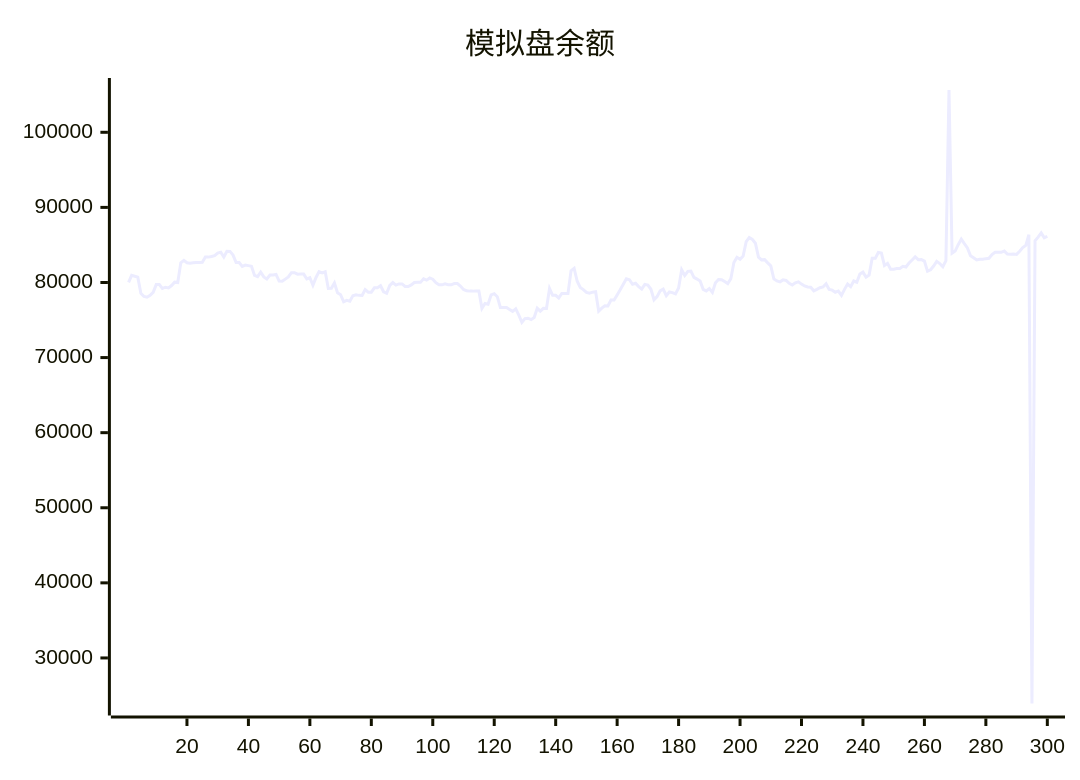
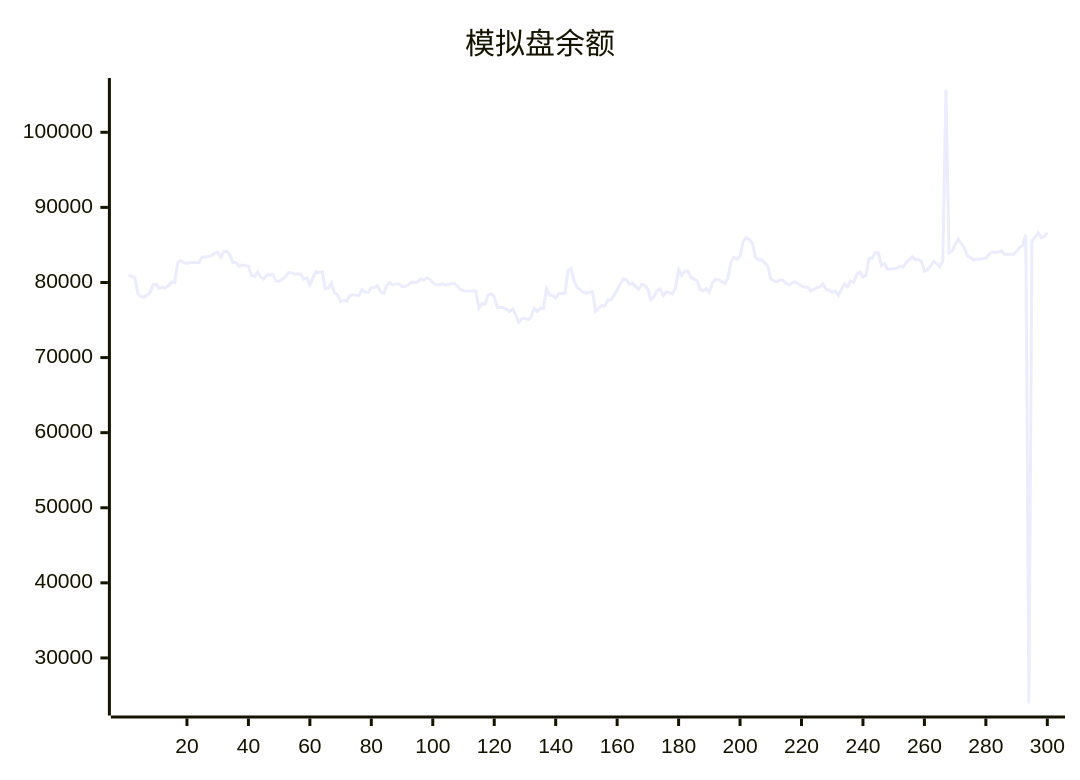
The diagram in README.md (aahl/ai-trading), drawn with Mermaid before and after one commit. The commit also changed 1 other file, not shown here.

Commit message:
📈 Auto Trading Result

````diff
--- a/README.md
+++ b/README.md
@@ -5,5 +5,5 @@
 ```mermaid
 xychart
     title "模拟盘余额"
-    line [80006,80954,80837,80712,78561,78139,78037,78293,78682,79720,79720,79214,79372,79279,79591,80046,79993,82625,82950,82626,82571,82633,82670,82670,82681,83386,83378,83464,83579,83920,84037,83402,84160,84142,83652,82655,82655,82145,82315,82243,82163,80934,80770,81371,80742,80468,80989,80989,81067,80191,80155,80450,80737,81309,81309,81106,81119,81119,80471,80631,79624,80670,81448,81290,81429,79212,79222,79940,78643,78380,77432,77623,77504,78235,78358,78284,78277,79048,78714,78714,79290,79308,79567,78763,78563,79603,79988,79652,79813,79813,79476,79469,79673,79995,80015,80015,80486,80314,80600,80436,79966,79689,79689,79819,79692,79692,79850,79850,79518,79071,78889,78850,78850,78878,78878,76554,77202,77103,78357,78510,78106,76678,76677,76672,76411,76159,76485,75656,74695,75197,75246,75052,75334,76564,76179,76553,76551,79196,78300,78300,77944,78531,78531,78521,81564,81884,80160,79335,79055,78675,78580,78708,78764,76179,76586,76902,76876,77658,77669,78346,79023,79769,80497,80366,79761,79896,79448,79126,79749,79658,79097,77695,78114,78888,79126,78249,78738,78653,78478,79271,81680,80923,81488,81527,80681,80455,80190,79084,78879,79193,78686,79954,80403,80374,80118,79848,80491,82665,83351,83098,83525,85430,85983,85737,85221,83378,83014,83043,82613,82216,80477,80208,80081,80348,80277,79894,79670,79965,80093,79786,79542,79406,79371,78893,79087,79304,79406,79841,79072,78978,78696,78846,78272,79085,79787,79442,80198,80031,81120,81379,80718,80985,83214,83212,83993,83921,82270,82547,81776,81776,81866,81866,82158,82061,82596,83000,83408,83041,83050,82858,81503,81691,82188,82812,82517,82092,82901,105633,83898,84180,85030,85781,85178,84604,83569,83298,83008,83093,83107,83175,83228,83729,84025,84017,84019,84177,83775,83762,83785,83738,84160,84639,84939,86370,23934,85548,86046,86599,85942,86161]
+    line [80954,80837,80712,78561,78139,78037,78293,78682,79720,79720,79214,79372,79279,79591,80046,79993,82625,82950,82626,82571,82633,82670,82670,82681,83386,83378,83464,83579,83920,84037,83402,84160,84142,83652,82655,82655,82145,82315,82243,82163,80934,80770,81371,80742,80468,80989,80989,81067,80191,80155,80450,80737,81309,81309,81106,81119,81119,80471,80631,79624,80670,81448,81290,81429,79212,79222,79940,78643,78380,77432,77623,77504,78235,78358,78284,78277,79048,78714,78714,79290,79308,79567,78763,78563,79603,79988,79652,79813,79813,79476,79469,79673,79995,80015,80015,80486,80314,80600,80436,79966,79689,79689,79819,79692,79692,79850,79850,79518,79071,78889,78850,78850,78878,78878,76554,77202,77103,78357,78510,78106,76678,76677,76672,76411,76159,76485,75656,74695,75197,75246,75052,75334,76564,76179,76553,76551,79196,78300,78300,77944,78531,78531,78521,81564,81884,80160,79335,79055,78675,78580,78708,78764,76179,76586,76902,76876,77658,77669,78346,79023,79769,80497,80366,79761,79896,79448,79126,79749,79658,79097,77695,78114,78888,79126,78249,78738,78653,78478,79271,81680,80923,81488,81527,80681,80455,80190,79084,78879,79193,78686,79954,80403,80374,80118,79848,80491,82665,83351,83098,83525,85430,85983,85737,85221,83378,83014,83043,82613,82216,80477,80208,80081,80348,80277,79894,79670,79965,80093,79786,79542,79406,79371,78893,79087,79304,79406,79841,79072,78978,78696,78846,78272,79085,79787,79442,80198,80031,81120,81379,80718,80985,83214,83212,83993,83921,82270,82547,81776,81776,81866,81866,82158,82061,82596,83000,83408,83041,83050,82858,81503,81691,82188,82812,82517,82092,82901,105633,83898,84180,85030,85781,85178,84604,83569,83298,83008,83093,83107,83175,83228,83729,84025,84017,84019,84177,83775,83762,83785,83738,84160,84639,84939,86370,23934,85548,86046,86599,85942,86161,86622]
 ```
````
